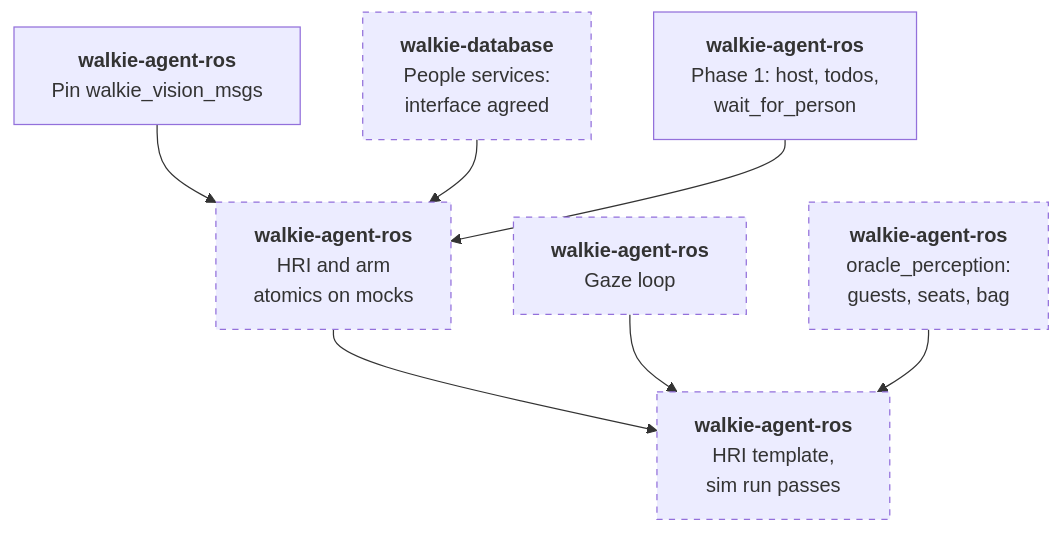
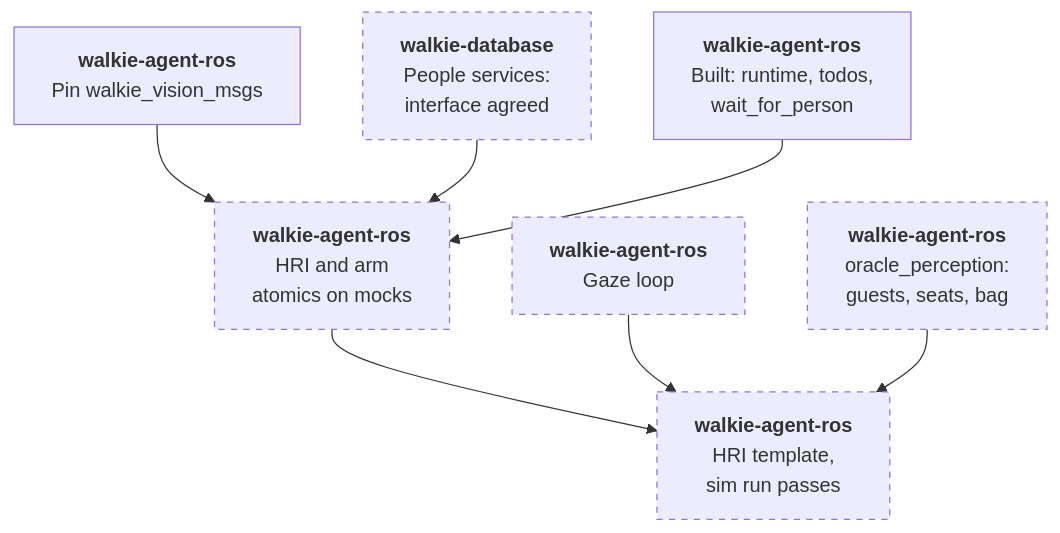
Before and after one commit to EIC-Robocup-2026/walkie-agent-ros: the third of 4 diagrams in docs/architecture/hri.md, drawn with Mermaid. The commit also changed other lines of this file and 6 other files, not shown here.

Commit message:
docs: mark obsolete assumptions on the proposal pages and name what the runtime has built

````diff
--- a/docs/architecture/hri.md
+++ b/docs/architecture/hri.md
@@ -323,19 +337,19 @@
 ```mermaid
 flowchart TB
     di["<b>walkie-database</b><br/>People services:<br/>interface agreed"]:::proposed
     a0["<b>walkie-agent-ros</b><br/>Pin walkie_vision_msgs"]
-    p1["<b>walkie-agent-ros</b><br/>Phase 1: host, todos,<br/>wait_for_person"]
+    p1["<b>walkie-agent-ros</b><br/>Built: runtime, todos,<br/>wait_for_person"]
     a1["<b>walkie-agent-ros</b><br/>HRI and arm<br/>atomics on mocks"]:::proposed
     g["<b>walkie-agent-ros</b><br/>Gaze loop"]:::proposed
     s["<b>walkie-agent-ros</b><br/>oracle_perception:<br/>guests, seats, bag"]:::proposed
     t["<b>walkie-agent-ros</b><br/>HRI template,<br/>sim run passes"]:::proposed
 
     a0 --> a1
     di --> a1
     p1 --> a1
     a1 --> t
     g --> t
     s --> t
 
     classDef proposed stroke-dasharray: 5 5;
 ```
````
